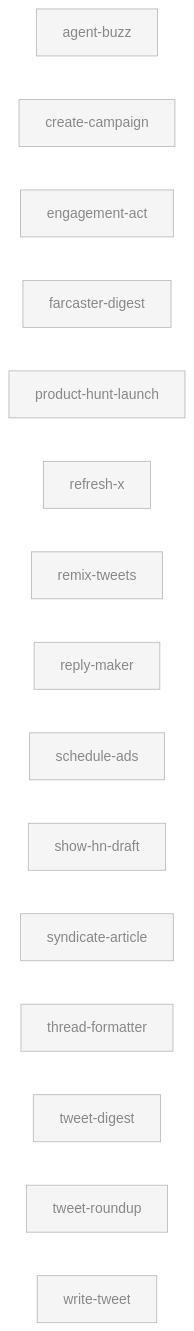
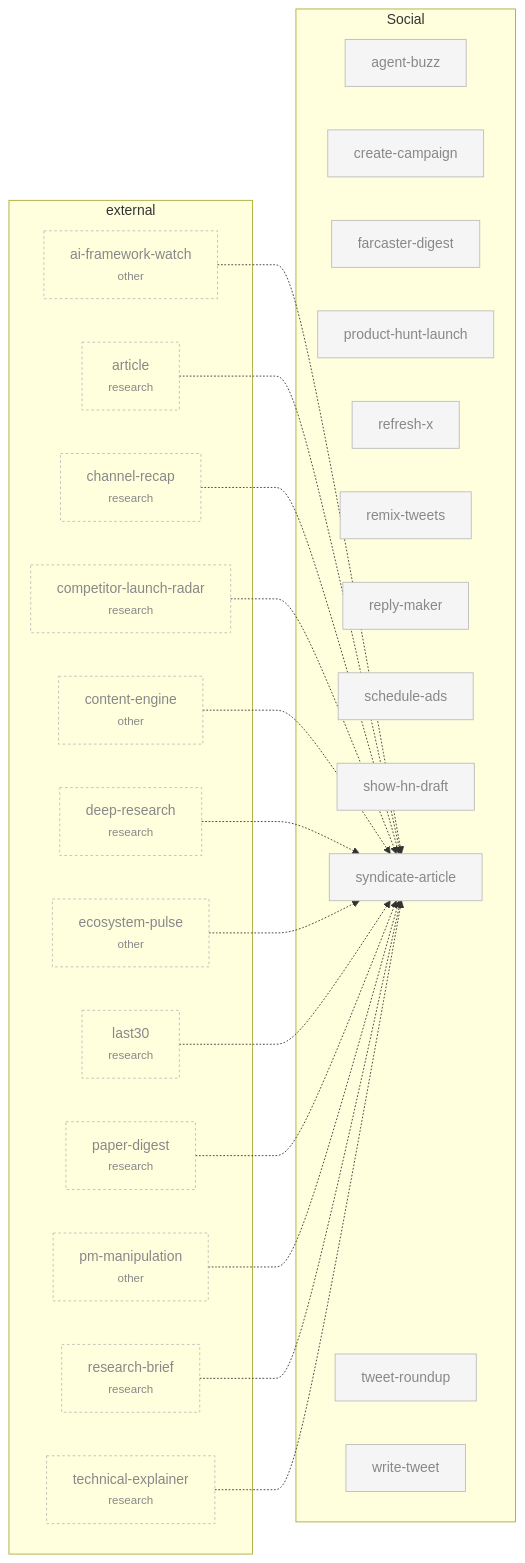
Before and after one commit to swarm-ai-research/aeon: the sixth of 8 diagrams in docs/skill-graph.md, drawn with Mermaid. The commit also changed other lines of this file and 2 other files, not shown here.

First line of the commit message:
docs(skill-graph): regenerate map (SKILL_GRAPH_NEW — 173 skills, 42 enabled)

````diff
--- a/docs/skill-graph.md
+++ b/docs/skill-graph.md
@@ -336,37 +407,82 @@
 ```mermaid
 flowchart LR
+    subgraph cat_social["Social"]
+        agent-buzz["agent-buzz"]
+        create-campaign["create-campaign"]
+        farcaster-digest["farcaster-digest"]
+        product-hunt-launch["product-hunt-launch"]
+        refresh-x["refresh-x"]
+        remix-tweets["remix-tweets"]
+        reply-maker["reply-maker"]
+        schedule-ads["schedule-ads"]
+        show-hn-draft["show-hn-draft"]
+        syndicate-article["syndicate-article"]
+        tweet-roundup["tweet-roundup"]
+        write-tweet["write-tweet"]
+    end
+    subgraph ext_social["external"]
+        ai-framework-watch["ai-framework-watch<br/><small>other</small>"]:::external
+        article["article<br/><small>research</small>"]:::external
+        channel-recap["channel-recap<br/><small>research</small>"]:::external
+        competitor-launch-radar["competitor-launch-radar<br/><small>research</small>"]:::external
+        content-engine["content-engine<br/><small>other</small>"]:::external
+        deep-research["deep-research<br/><small>research</small>"]:::external
+        ecosystem-pulse["ecosystem-pulse<br/><small>other</small>"]:::external
+        last30["last30<br/><small>research</small>"]:::external
+        paper-digest["paper-digest<br/><small>research</small>"]:::external
+        pm-manipulation["pm-manipulation<br/><small>other</small>"]:::external
+        research-brief["research-brief<br/><small>research</small>"]:::external
+        technical-explainer["technical-explainer<br/><small>research</small>"]:::external
+    end
+    ai-framework-watch -.-> syndicate-article
+    article -.-> syndicate-article
+    channel-recap -.-> syndicate-article
+    competitor-launch-radar -.-> syndicate-article
+    content-engine -.-> syndicate-article
+    deep-research -.-> syndicate-article
+    ecosystem-pulse -.-> syndicate-article
+    last30 -.-> syndicate-article
+    paper-digest -.-> syndicate-article
+    pm-manipulation -.-> syndicate-article
+    research-brief -.-> syndicate-article
+    technical-explainer -.-> syndicate-article
+    class agent-buzz disabled
+    class create-campaign disabled
+    class farcaster-digest disabled
+    class product-hunt-launch disabled
+    class refresh-x disabled
+    class remix-tweets disabled
+    class reply-maker disabled
+    class schedule-ads disabled
+    class show-hn-draft disabled
+    class syndicate-article disabled
+    class tweet-roundup disabled
+    class write-tweet disabled
     classDef enabled fill:#fff,stroke:#000,stroke-width:2px,color:#000
     classDef disabled fill:#f5f5f5,stroke:#bbb,color:#888
     classDef external fill:none,stroke:#bbb,stroke-dasharray:3 3,color:#888
-    agent-buzz["agent-buzz"]
-    create-campaign["create-campaign"]
-    engagement-act["engagement-act"]
-    farcaster-digest["farcaster-digest"]
-    product-hunt-launch["product-hunt-launch"]
-    refresh-x["refresh-x"]
-    remix-tweets["remix-tweets"]
-    reply-maker["reply-maker"]
-    schedule-ads["schedule-ads"]
-    show-hn-draft["show-hn-draft"]
-    syndicate-article["syndicate-article"]
-    thread-formatter["thread-formatter"]
-    tweet-digest["tweet-digest"]
-    tweet-roundup["tweet-roundup"]
-    write-tweet["write-tweet"]
     click agent-buzz "../skills/agent-buzz/SKILL.md"
     click create-campaign "../skills/create-campaign/SKILL.md"
-    click engagement-act "../skills/engagement-act/SKILL.md"
     click farcaster-digest "../skills/farcaster-digest/SKILL.md"
     click product-hunt-launch "../skills/product-hunt-launch/SKILL.md"
     click refresh-x "../skills/refresh-x/SKILL.md"
     click remix-tweets "../skills/remix-tweets/SKILL.md"
     click reply-maker "../skills/reply-maker/SKILL.md"
     click schedule-ads "../skills/schedule-ads/SKILL.md"
     click show-hn-draft "../skills/show-hn-draft/SKILL.md"
     click syndicate-article "../skills/syndicate-article/SKILL.md"
-    click thread-formatter "../skills/thread-formatter/SKILL.md"
-    click tweet-digest "../skills/tweet-digest/SKILL.md"
     click tweet-roundup "../skills/tweet-roundup/SKILL.md"
     click write-tweet "../skills/write-tweet/SKILL.md"
-    class agent-buzz,create-campaign,engagement-act,farcaster-digest,product-hunt-launch,refresh-x,remix-tweets,reply-maker,schedule-ads,show-hn-draft,syndicate-article,thread-formatter,tweet-digest,tweet-roundup,write-tweet disabled
+    click ai-framework-watch "../skills/ai-framework-watch/SKILL.md"
+    click article "../skills/article/SKILL.md"
+    click channel-recap "../skills/channel-recap/SKILL.md"
+    click competitor-launch-radar "../skills/competitor-launch-radar/SKILL.md"
+    click content-engine "../skills/content-engine/SKILL.md"
+    click deep-research "../skills/deep-research/SKILL.md"
+    click ecosystem-pulse "../skills/ecosystem-pulse/SKILL.md"
+    click last30 "../skills/last30/SKILL.md"
+    click paper-digest "../skills/paper-digest/SKILL.md"
+    click pm-manipulation "../skills/pm-manipulation/SKILL.md"
+    click research-brief "../skills/research-brief/SKILL.md"
+    click technical-explainer "../skills/technical-explainer/SKILL.md"
 ```
````
